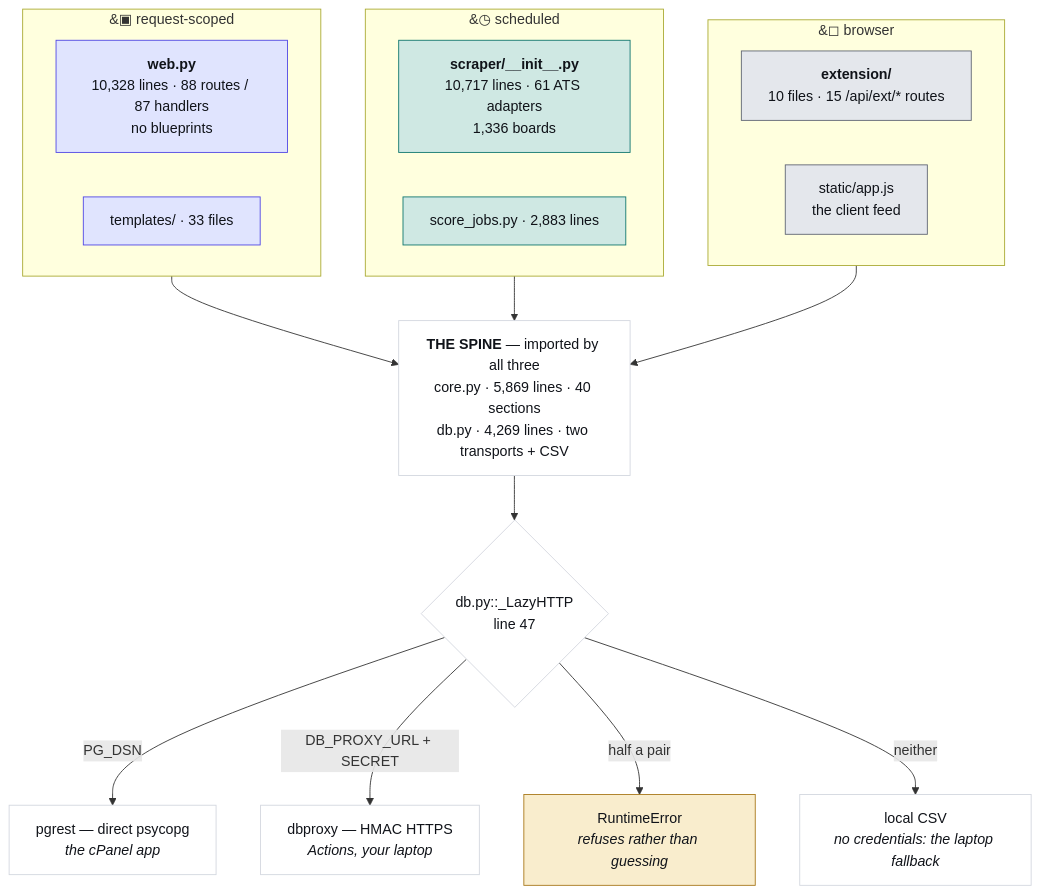
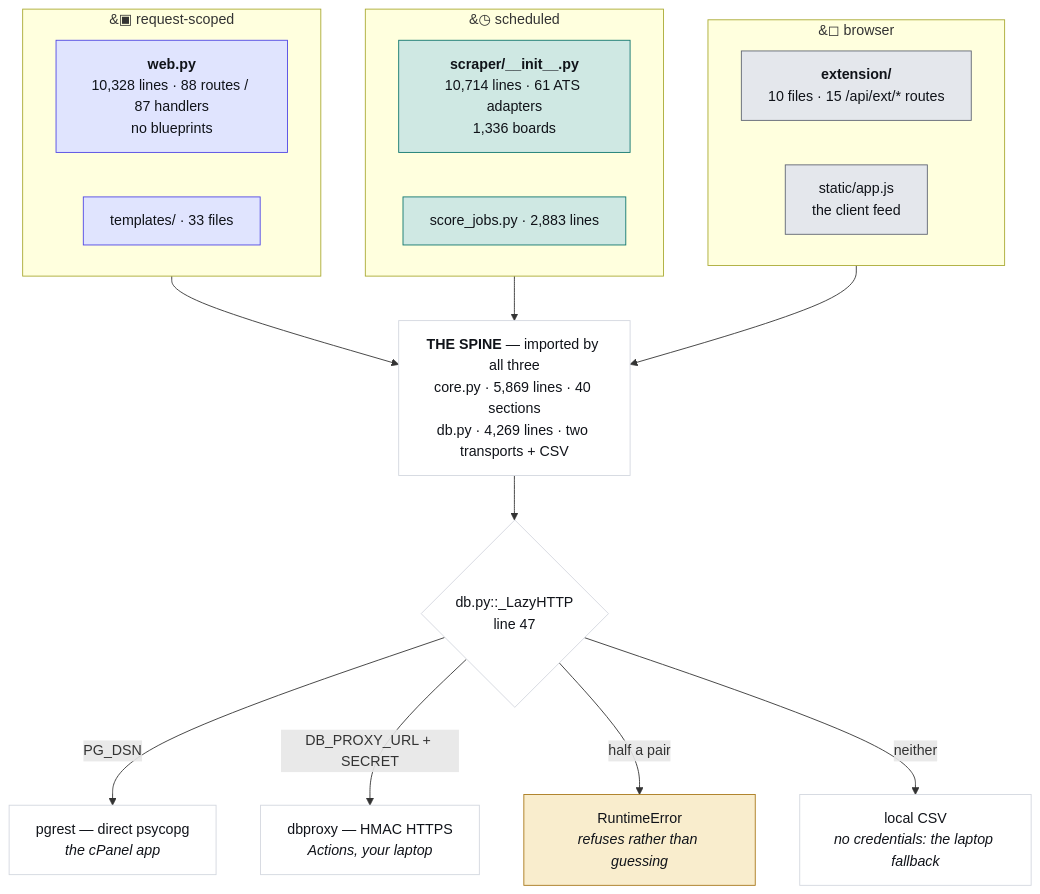
One commit to hadakunal909-debug/job-search-tool changed the first of 4 diagrams in JobMatch Scraper/docs/ARCHITECTURE.md. Above: the diagram before and after it, drawn with Mermaid. The commit also changed other lines of this file and 11 other files, not shown here.

````diff
--- a/JobMatch Scraper/docs/ARCHITECTURE.md
+++ b/JobMatch Scraper/docs/ARCHITECTURE.md
@@ -48,34 +48,34 @@
 ```mermaid
 flowchart TB
   subgraph REQ["&#9635; request-scoped"]
     W["<b>web.py</b><br/>10,328 lines · 88 routes / 87 handlers<br/>no blueprints"]
     T["templates/ · 33 files"]
   end
   subgraph SCH["&#9719; scheduled"]
-    S["<b>scraper/__init__.py</b><br/>10,717 lines · 61 ATS adapters<br/>1,336 boards"]
+    S["<b>scraper/__init__.py</b><br/>10,714 lines · 61 ATS adapters<br/>1,336 boards"]
     J["score_jobs.py · 2,883 lines"]
   end
   subgraph CLI["&#9723; browser"]
     E["<b>extension/</b><br/>10 files · 15 /api/ext/* routes"]
     A["static/app.js<br/>the client feed"]
   end
   SPINE["<b>THE SPINE</b> — imported by all three<br/>core.py · 5,869 lines · 40 sections<br/>db.py · 4,269 lines · two transports + CSV"]
   REQ --> SPINE
   SCH --> SPINE
   CLI --> SPINE
   SPINE --> D{"db.py::_LazyHTTP<br/>line 47"}
   D -->|"PG_DSN"| P["pgrest — direct psycopg<br/><i>the cPanel app</i>"]
   D -->|"DB_PROXY_URL + SECRET"| X["dbproxy — HMAC HTTPS<br/><i>Actions, your laptop</i>"]
   D -->|"half a pair"| R["RuntimeError<br/><i>refuses rather than guessing</i>"]
   D -->|"neither"| V["local CSV<br/><i>no credentials: the laptop fallback</i>"]
   classDef web fill:#e0e4fe,stroke:#4f46e5,color:#101319
   classDef sched fill:#cfe8e3,stroke:#0f766e,color:#101319
   classDef client fill:#e4e7ec,stroke:#5f6573,color:#101319
   classDef trap fill:#f9edcd,stroke:#a8781a,color:#101319
   classDef plain fill:#ffffff,stroke:#d3d7df,color:#101319
   class W,T web
   class S,J sched
   class E,A client
   class R trap
   class SPINE,D,P,X,V plain
 ```
````
